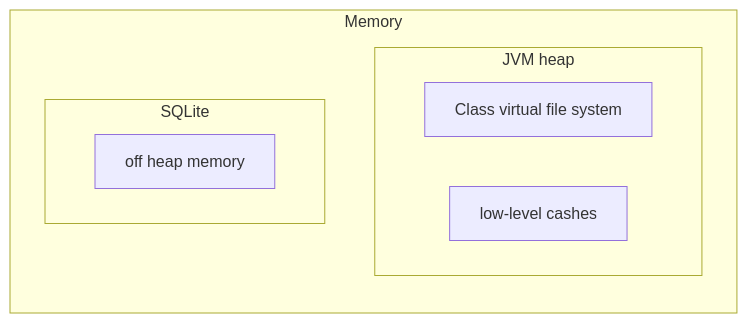
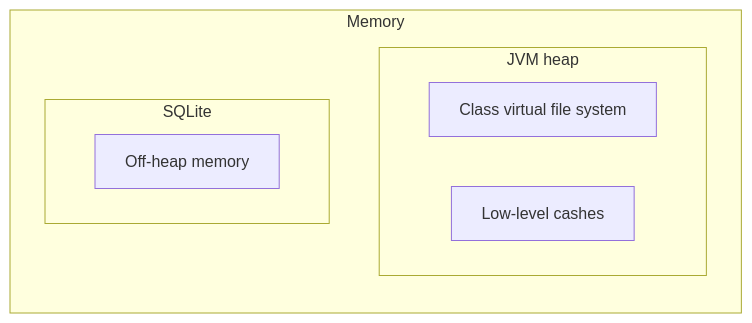
One commit to UnitTestBot/jacodb changed the fourth of 4 diagrams in design.md. Above: the diagram before and after it, drawn with Mermaid. The commit also changed other lines of this file and 1 other file, not shown here.

````diff
--- a/design.md
+++ b/design.md
@@ -158,15 +159,15 @@
 ```mermaid
 flowchart LR
 
     subgraph hcloud[Memory]
 
         subgraph heap[JVM heap]
             class_vfs[Class virtual file system]
-            caches[low-level cashes]
+            caches[Low-level cashes]
         end
 
         subgraph sqlite[SQLite]
-            storage[off heap memory]
+            storage[Off-heap memory]
         end
     end
 ```
````
